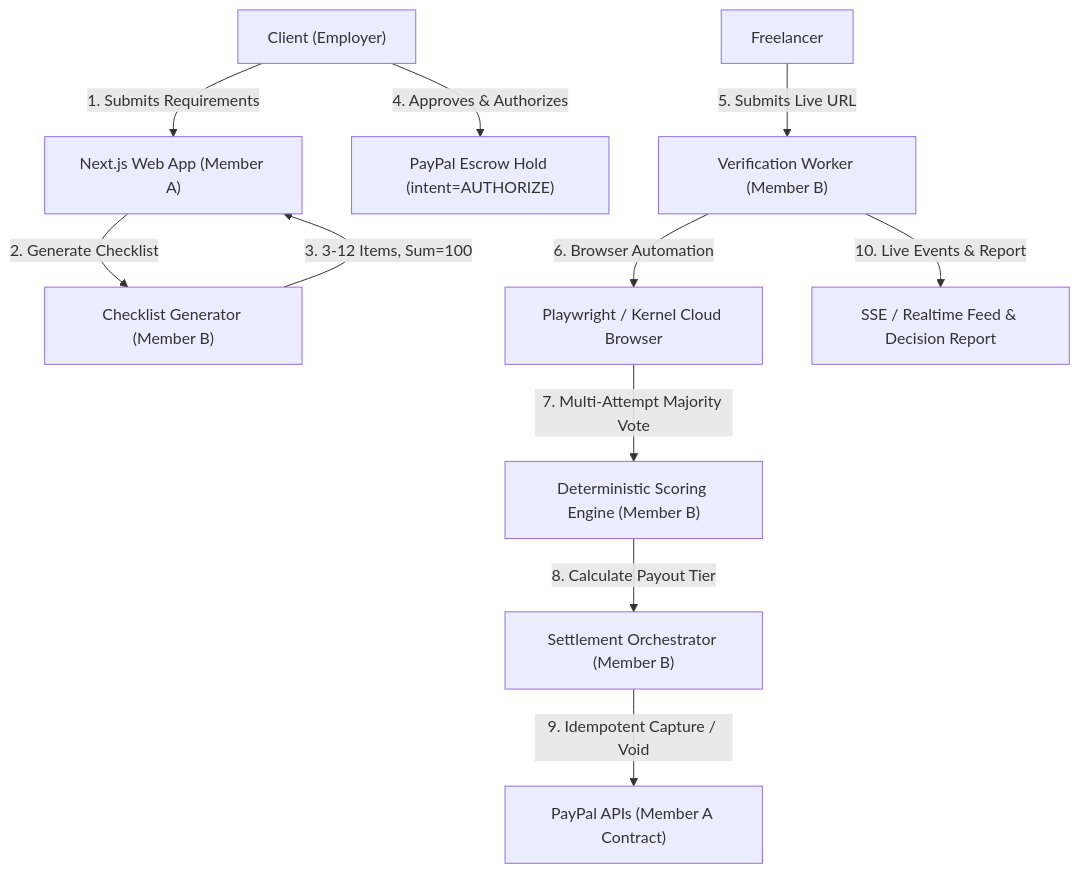
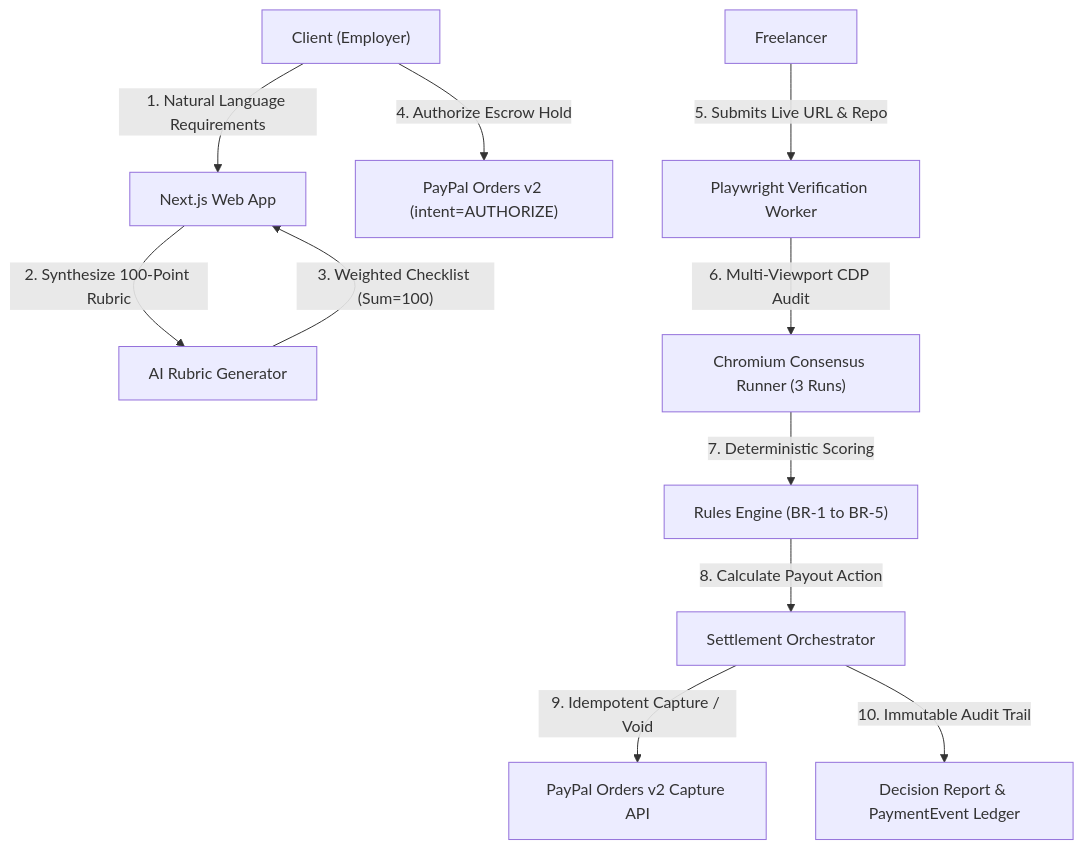
The diagram in README.md (Karthik048789/paypal), drawn with Mermaid before and after one commit. The commit also changed other lines of this file, not shown here.

Commit message:
docs: comprehensive README with visual showcase, architecture, and API directory

````diff
--- a/README.md
+++ b/README.md
@@ -23,13 +40,13 @@
 ```mermaid
 flowchart TD
-    Client["Client (Employer)"] -->|"1. Submits Requirements"| NextApp["Next.js Web App (Member A)"]
-    NextApp -->|"2. Generate Checklist"| ChecklistGen["Checklist Generator (Member B)"]
-    ChecklistGen -->|"3. 3-12 Items, Sum=100"| NextApp
-    Client -->|"4. Approves & Authorizes"| PayPalAuth["PayPal Escrow Hold (intent=AUTHORIZE)"]
-    Freelancer["Freelancer"] -->|"5. Submits Live URL"| VerificationQueue["Verification Worker (Member B)"]
-    VerificationQueue -->|"6. Browser Automation"| Playwright["Playwright / Kernel Cloud Browser"]
-    Playwright -->|"7. Multi-Attempt Majority Vote"| ScoringEngine["Deterministic Scoring Engine (Member B)"]
-    ScoringEngine -->|"8. Calculate Payout Tier"| Settlement["Settlement Orchestrator (Member B)"]
-    Settlement -->|"9. Idempotent Capture / Void"| PayPalAPI["PayPal APIs (Member A Contract)"]
-    VerificationQueue -->|"10. Live Events & Report"| SSE["SSE / Realtime Feed & Decision Report"]
+    Client["Client (Employer)"] -->|"1. Natural Language Requirements"| NextApp["Next.js Web App"]
+    NextApp -->|"2. Synthesize 100-Point Rubric"| RubricGen["AI Rubric Generator"]
+    RubricGen -->|"3. Weighted Checklist (Sum=100)"| NextApp
+    Client -->|"4. Authorize Escrow Hold"| PayPalAuth["PayPal Orders v2 (intent=AUTHORIZE)"]
+    Freelancer["Freelancer"] -->|"5. Submits Live URL & Repo"| VerificationWorker["Playwright Verification Worker"]
+    VerificationWorker -->|"6. Multi-Viewport CDP Audit"| BrowserConsensus["Chromium Consensus Runner (3 Runs)"]
+    BrowserConsensus -->|"7. Deterministic Scoring"| ScoringEngine["Rules Engine (BR-1 to BR-5)"]
+    ScoringEngine -->|"8. Calculate Payout Action"| Settlement["Settlement Orchestrator"]
+    Settlement -->|"9. Idempotent Capture / Void"| PayPalAPI["PayPal Orders v2 Capture API"]
+    Settlement -->|"10. Immutable Audit Trail"| DecisionReport["Decision Report & PaymentEvent Ledger"]
 ```
````
